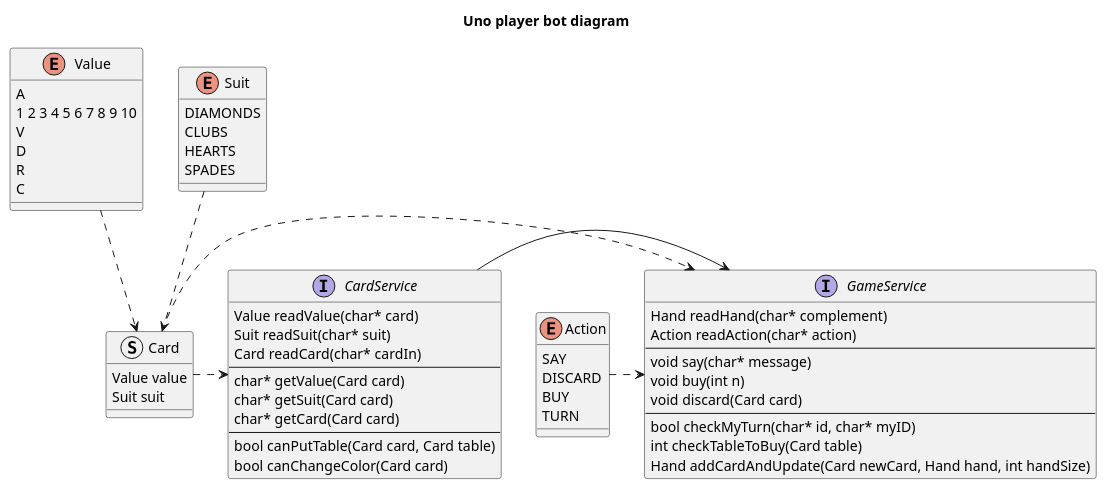
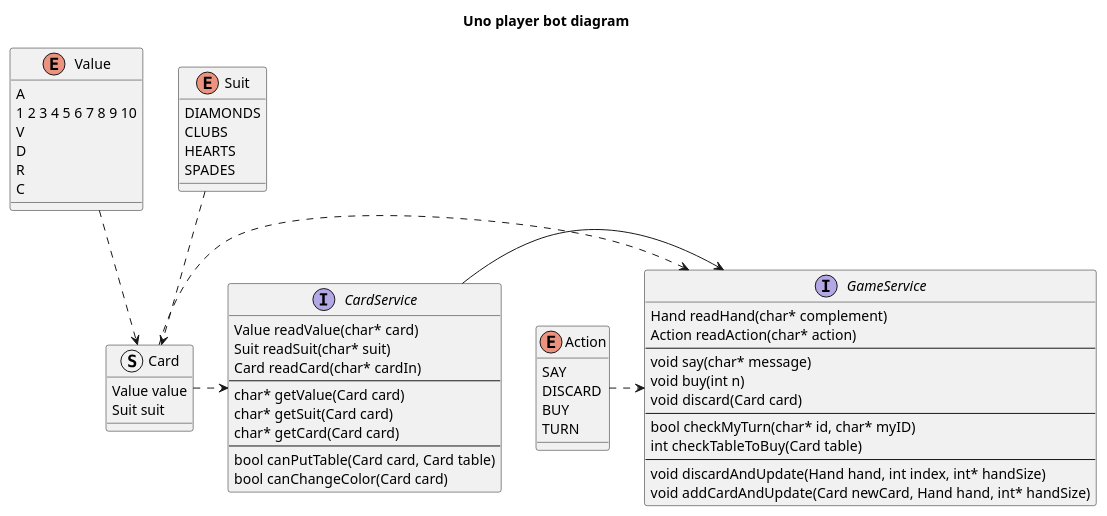
The diagram in docs/structure.puml (Pablo1Gustavo/C_UNO), drawn with PlantUML before and after one commit. The commit also changed 1 other file, not shown here.

Commit message:
ft: update discardAndUpdate and addAndUpdate functions with realloc.

```diff
--- a/docs/structure.puml
+++ b/docs/structure.puml
@@ -1,67 +1,69 @@
 @startuml structure
 title Uno player bot diagram
 
 enum Value {
     A
     1 2 3 4 5 6 7 8 9 10
     V
     D
     R
     C
 }
 
 enum Suit {
     DIAMONDS
     CLUBS
     HEARTS
     SPADES
 }
 
 struct Card {
     Value value
     Suit suit
 }
 
 enum Action {
     SAY
     DISCARD
     BUY
     TURN
 }
 
 interface CardService {
     Value readValue(char* card)
     Suit readSuit(char* suit)
     Card readCard(char* cardIn)
     --
     char* getValue(Card card)
     char* getSuit(Card card)
     char* getCard(Card card)
     --
     bool canPutTable(Card card, Card table)
     bool canChangeColor(Card card)
 }
 
 interface GameService {
     Hand readHand(char* complement)
     Action readAction(char* action)
     --
     void say(char* message)
     void buy(int n)
     void discard(Card card)
     --
     bool checkMyTurn(char* id, char* myID)
     int checkTableToBuy(Card table)
-    Hand addCardAndUpdate(Card newCard, Hand hand, int handSize)
+    --
+    void discardAndUpdate(Hand hand, int index, int* handSize)
+    void addCardAndUpdate(Card newCard, Hand hand, int* handSize)
 }
 
 Value ..> Card
 Suit ..> Card
 
 Card .> CardService
 
 Card .> GameService
 CardService -> GameService
 Action .> GameService
 
 @enduml
```
